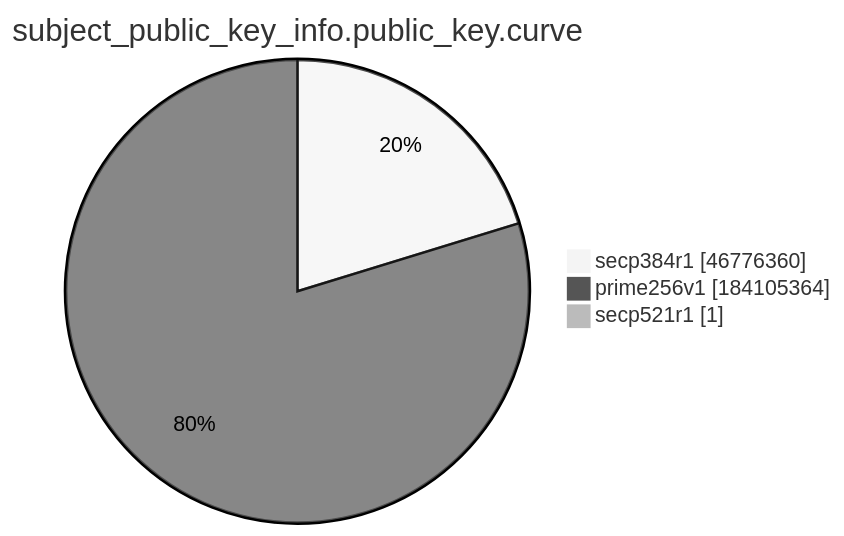
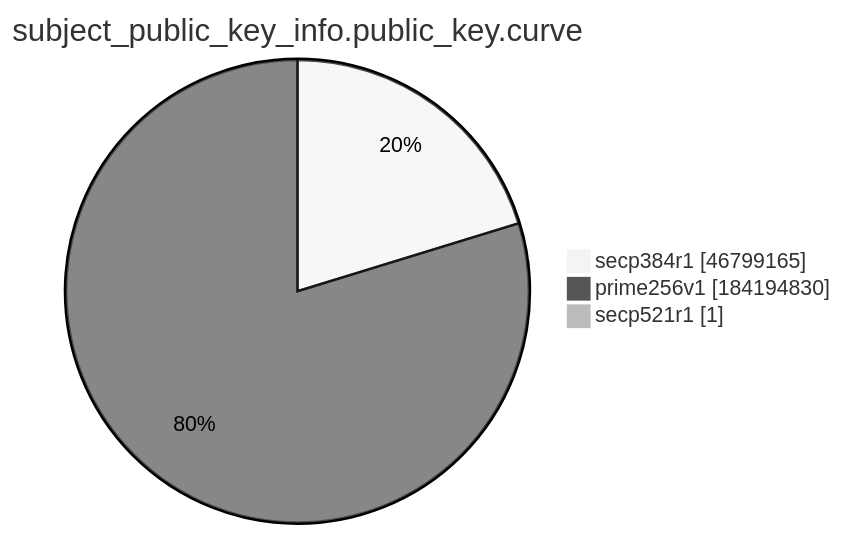
The ninth of 15 diagrams in xenon2022/README.md (christiankrug/ctmonitor_visualization), drawn with Mermaid (neutral theme) before and after one commit. The commit also changed other lines of this file, not shown here.

````diff
--- a/xenon2022/README.md
+++ b/xenon2022/README.md
@@ -2874,7 +2874,7 @@
 ```mermaid
 pie showData
 title subject_public_key_info.public_key.curve
-"secp384r1" :46776360
-"prime256v1" :184105364
+"secp384r1" :46799165
+"prime256v1" :184194830
 "secp521r1" :1
 ```
````
